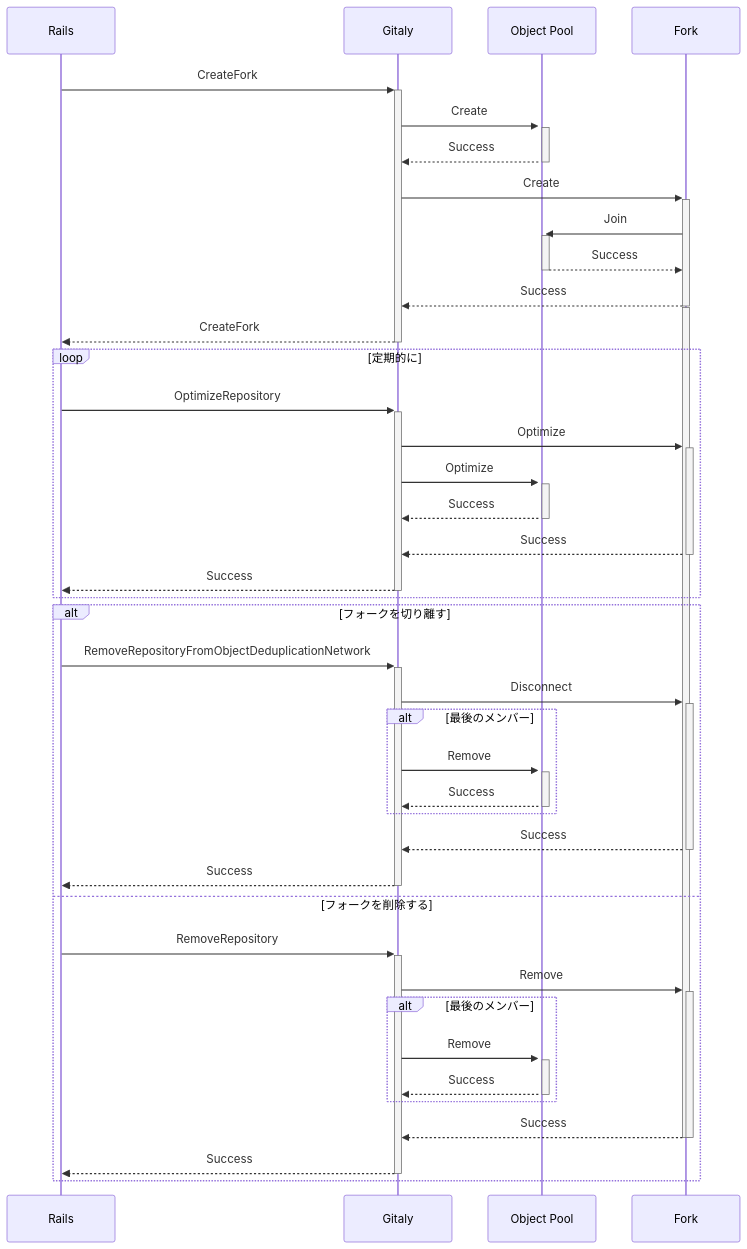
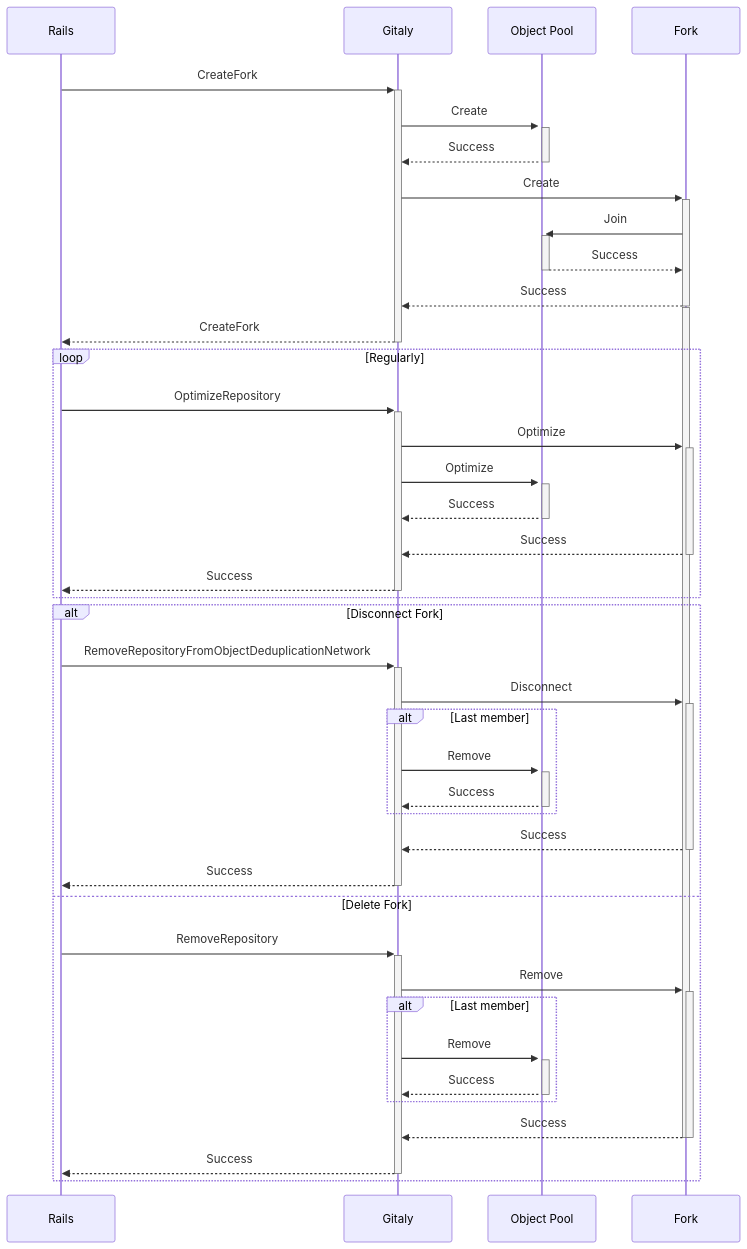
One commit to kyama0/gitlab-handbook-ja changed the second of 2 diagrams in content/handbook/engineering/architecture/design-documents/object_pools/_index.md. Above: the diagram before and after it, drawn with Mermaid. The commit also changed other lines of this file and 114 other files, not shown here.

````diff
--- a/content/handbook/engineering/architecture/design-documents/object_pools/_index.md
+++ b/content/handbook/engineering/architecture/design-documents/object_pools/_index.md
@@ -338,47 +341,47 @@
 ```mermaid
 sequenceDiagram
     Rails->>+Gitaly: CreateFork
     Gitaly->>+Object Pool: Create
     activate Object Pool
     Object Pool -->>-Gitaly: Success
     Gitaly->>+Fork: Create
     Fork->>+Object Pool: Join
     Object Pool-->>-Fork: Success
     Fork-->>-Gitaly: Success
     activate Fork
     Gitaly-->>-Rails: CreateFork
 
-    loop 定期的に
+    loop Regularly
         Rails->>+Gitaly: OptimizeRepository
         Gitaly->>+Fork: Optimize
         Gitaly->>+Object Pool: Optimize
         Object Pool-->>-Gitaly: Success
         Fork-->>-Gitaly: Success
         Gitaly-->>-Rails: Success
     end
 
-    alt フォークを切り離す
+    alt Disconnect Fork
         Rails->>+Gitaly: RemoveRepositoryFromObjectDeduplicationNetwork
         Gitaly->>+Fork: Disconnect
 
-        alt 最後のメンバー
+        alt Last member
             Gitaly->>+Object Pool: Remove
             Object Pool-->>-Gitaly: Success
         end
 
         Fork-->>-Gitaly: Success
         Gitaly-->>-Rails: Success
-    else フォークを削除する
+    else Delete Fork
         Rails->>+Gitaly: RemoveRepository
         Gitaly->>+Fork: Remove
 
-        alt 最後のメンバー
+        alt Last member
             Gitaly->>+Object Pool: Remove
             Object Pool-->>-Gitaly: Success
         end
 
         Fork-->>-Gitaly: Success
         deactivate Fork
         Gitaly-->>-Rails: Success
     end
 ```
````
